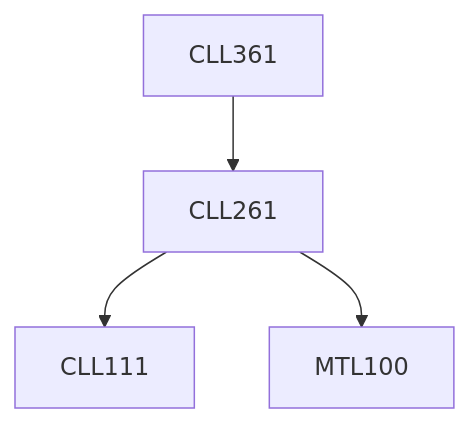
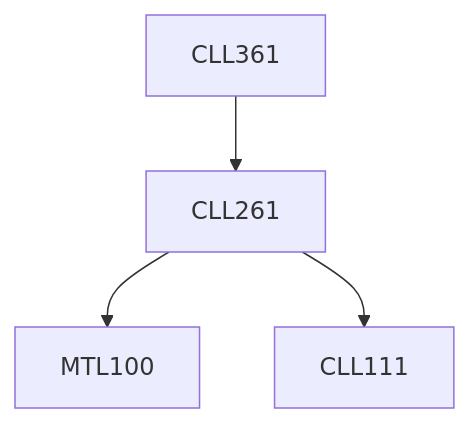
Before and after one commit to KeshavBansal0122/CoS_Website: the diagram in content/Chemical Engineering/CLL361.md, drawn with Mermaid. The commit also changed other lines of this file and 2662 other files, not shown here.

````diff
--- a/content/Chemical Engineering/CLL361.md
+++ b/content/Chemical Engineering/CLL361.md
@@ -13,10 +13,10 @@
 ```mermaid
 flowchart TD
 CLL361-120[CLL361]
-CLL261-120 --> CLL111-120[CLL111]
 CLL361-120 --> CLL261-120[CLL261]
 CLL261-120 --> MTL100-120[MTL100]
+CLL261-120 --> CLL111-120[CLL111]
 
 classDef empty height:17px, fill:transparent, stroke:transparent;
 classDef trueEmpty height:0px, width:0px;
 ```
````
